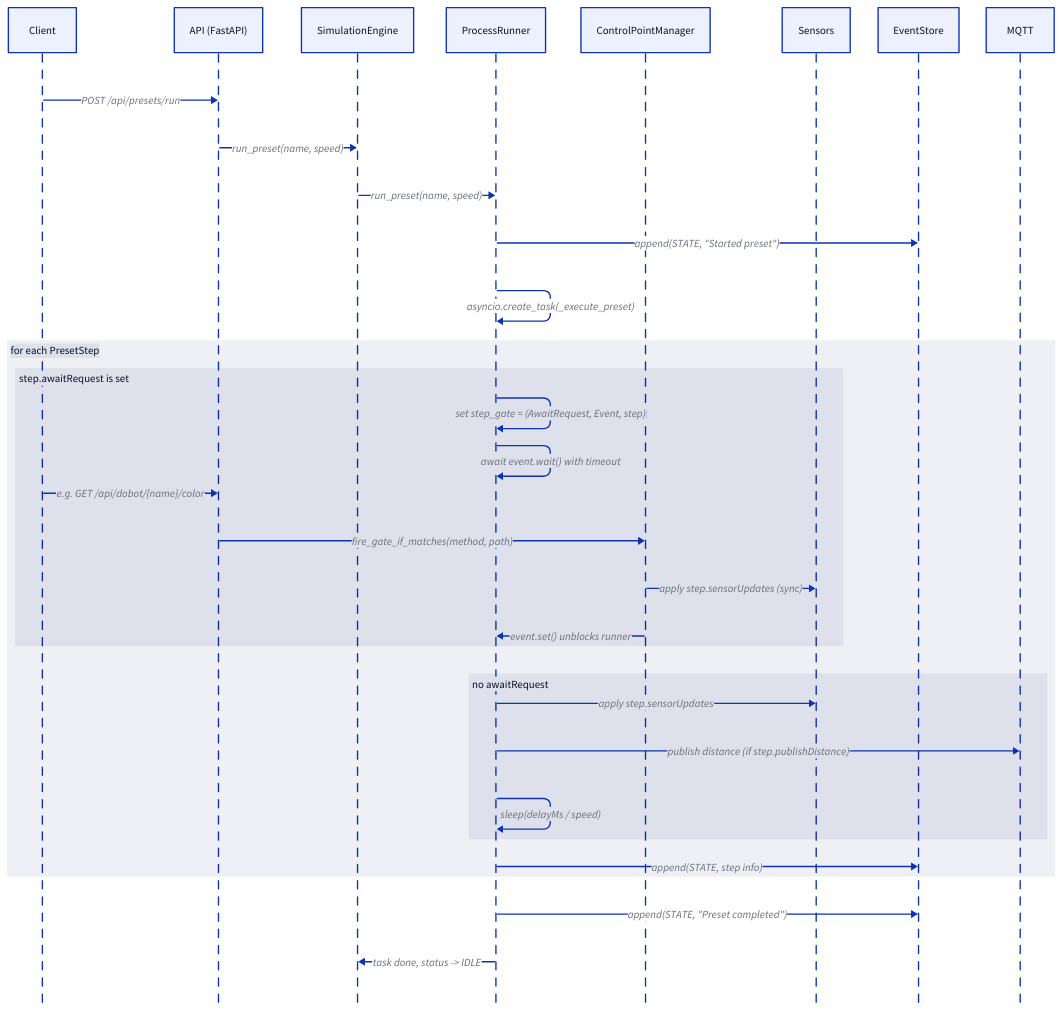
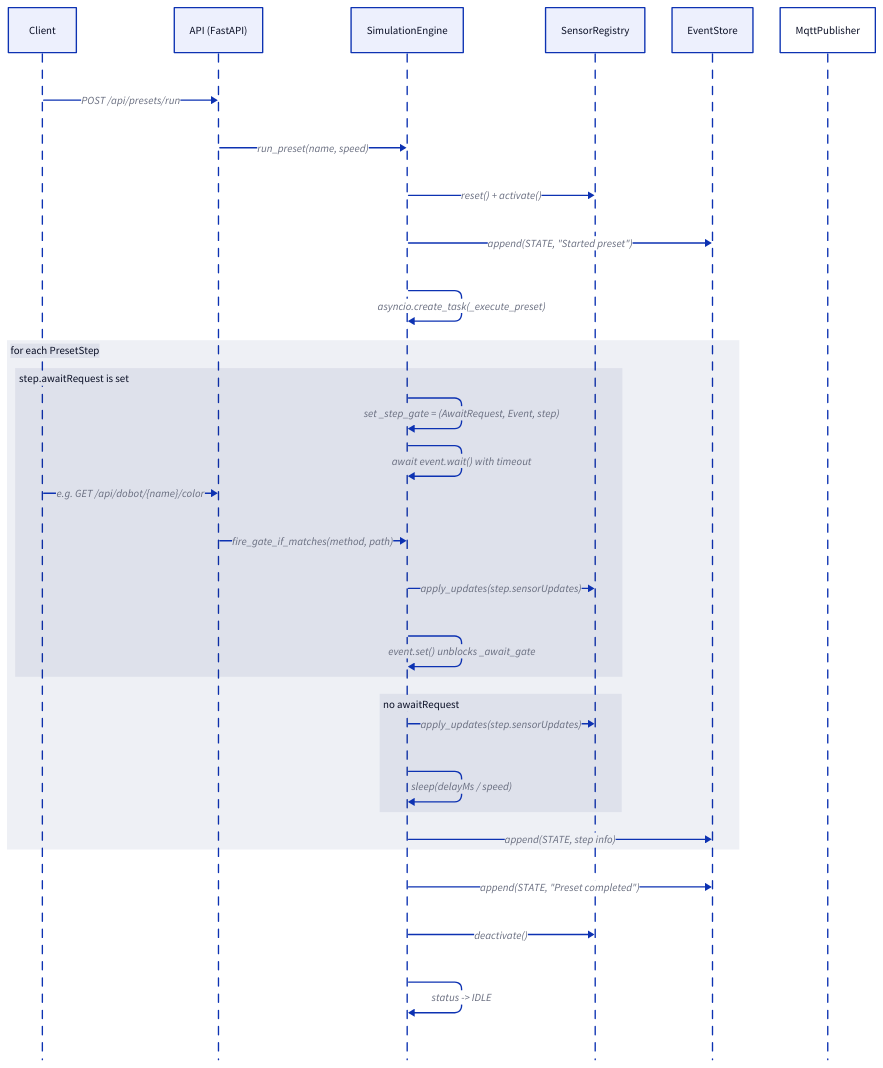
Before and after one commit to ielpo/edpo-project-group1: the diagram in services/simulated-factory/simulated_factory/diagrams/09-preset-sequence.d2, drawn with D2. The commit also changed 19 other files, not shown here.

```diff
--- a/services/simulated-factory/simulated_factory/diagrams/09-preset-sequence.d2
+++ b/services/simulated-factory/simulated_factory/diagrams/09-preset-sequence.d2
@@ -1,43 +1,41 @@
 # Preset execution: end-to-end flow from a client POST through step gating.
 # Render: d2 09-preset-sequence.d2 preset-sequence.svg
 
 shape: sequence_diagram
 
 Client
 API:        "API (FastAPI)"
 Engine:     "SimulationEngine"
-Runner:     "ProcessRunner"
-Control:    "ControlPointManager"
-Sensors
+SensorReg:  "SensorRegistry"
 EventStore
-MQTT
+MQTT:       "MqttPublisher"
 
 Client -> API: "POST /api/presets/run"
 API -> Engine: "run_preset(name, speed)"
-Engine -> Runner: "run_preset(name, speed)"
-Runner -> EventStore: "append(STATE, \"Started preset\")"
-Runner -> Runner: "asyncio.create_task(_execute_preset)"
+Engine -> SensorReg: "reset() + activate()"
+Engine -> EventStore: "append(STATE, \"Started preset\")"
+Engine -> Engine: "asyncio.create_task(_execute_preset)"
 
 loop: "for each PresetStep" {
   gated_step: "step.awaitRequest is set" {
-    Runner -> Runner: "set step_gate = (AwaitRequest, Event, step)"
-    Runner -> Runner: "await event.wait() with timeout"
+    Engine -> Engine: "set _step_gate = (AwaitRequest, Event, step)"
+    Engine -> Engine: "await event.wait() with timeout"
 
     # Triggering request arrives mid-wait
     Client -> API: "e.g. GET /api/dobot/{name}/color"
-    API -> Control: "fire_gate_if_matches(method, path)"
-    Control -> Sensors: "apply step.sensorUpdates (sync)"
-    Control -> Runner: "event.set() unblocks runner"
+    API -> Engine: "fire_gate_if_matches(method, path)"
+    Engine -> SensorReg: "apply_updates(step.sensorUpdates)"
+    Engine -> Engine: "event.set() unblocks _await_gate"
   }
 
   normal_step: "no awaitRequest" {
-    Runner -> Sensors: "apply step.sensorUpdates"
-    Runner -> MQTT: "publish distance (if step.publishDistance)"
-    Runner -> Runner: "sleep(delayMs / speed)"
+    Engine -> SensorReg: "apply_updates(step.sensorUpdates)"
+    Engine -> Engine: "sleep(delayMs / speed)"
   }
 
-  Runner -> EventStore: "append(STATE, step info)"
+  Engine -> EventStore: "append(STATE, step info)"
 }
 
-Runner -> EventStore: "append(STATE, \"Preset completed\")"
-Runner -> Engine: "task done, status -> IDLE"
+Engine -> EventStore: "append(STATE, \"Preset completed\")"
+Engine -> SensorReg: "deactivate()"
+Engine -> Engine: "status -> IDLE"
```
